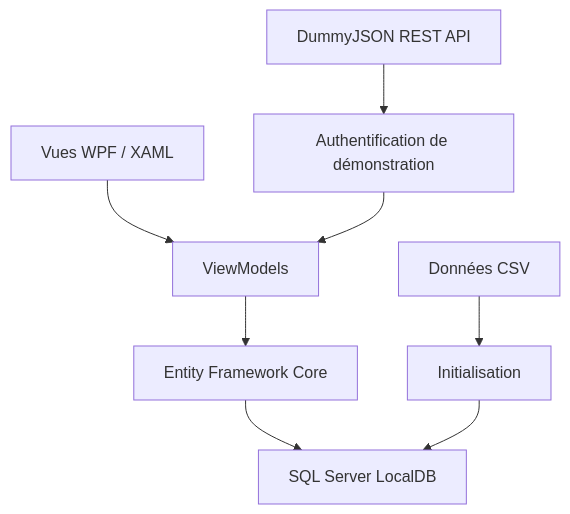
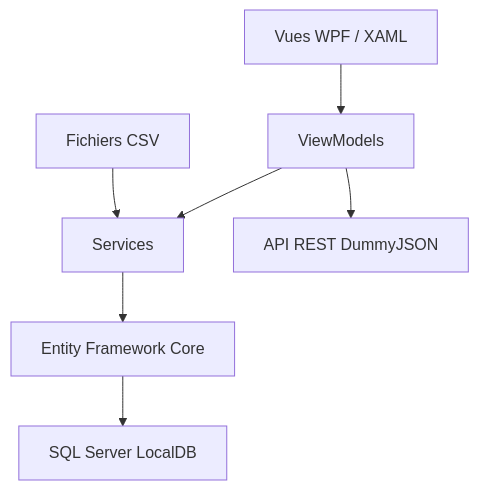
One commit to papaboye/SystemeDeGestionGarageMVVM changed the diagram in README.md. Above: the diagram before and after it, drawn with Mermaid. The commit also changed other lines of this file, not shown here.

````diff
--- a/README.md
+++ b/README.md
@@ -21,10 +68,9 @@
-~~~mermaid
+```mermaid
 flowchart TD
-    View["Vues WPF / XAML"] --> VM["ViewModels"]
-    VM --> EF["Entity Framework Core"]
+    V["Vues WPF / XAML"] --> VM["ViewModels"]
+    VM --> S["Services"]
+    S --> EF["Entity Framework Core"]
     EF --> DB["SQL Server LocalDB"]
-    CSV["Données CSV"] --> Seed["Initialisation"]
-    Seed --> DB
-    API["DummyJSON REST API"] --> Auth["Authentification de démonstration"]
-    Auth --> VM
-~~~
+    CSV["Fichiers CSV"] --> S
+    VM --> API["API REST DummyJSON"]
+```
````
